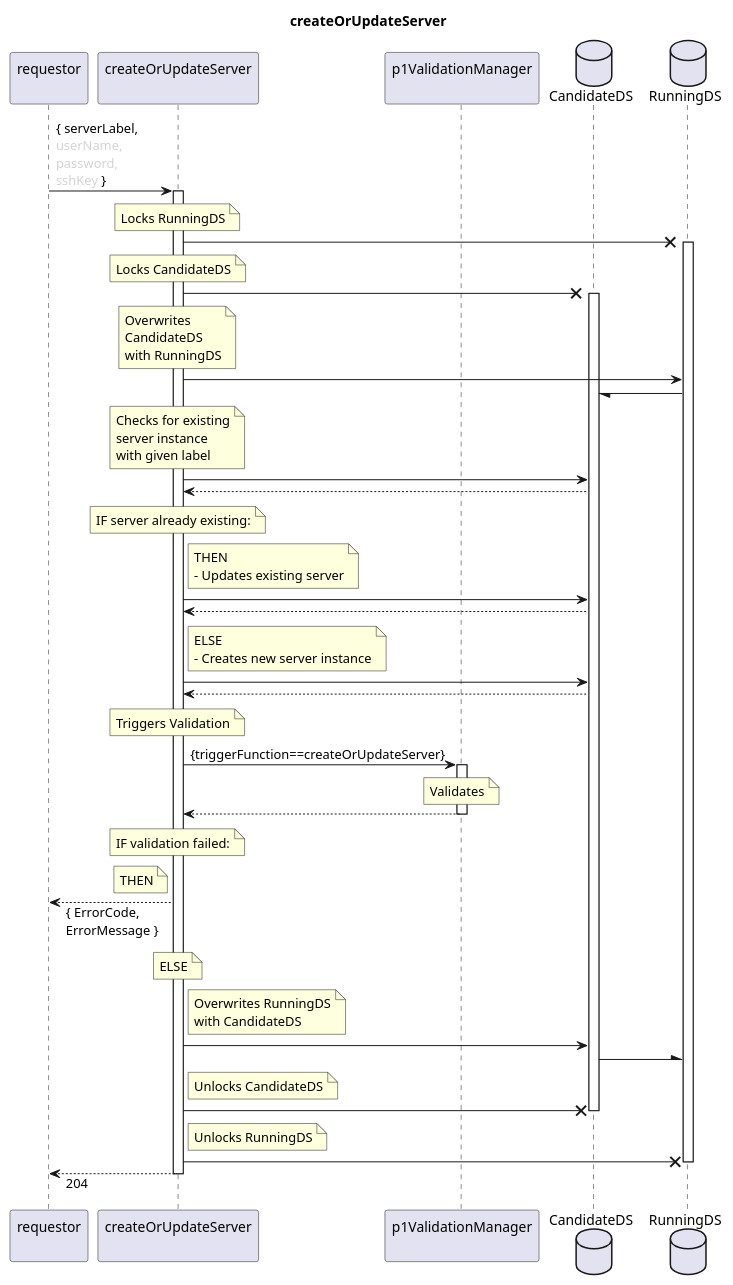
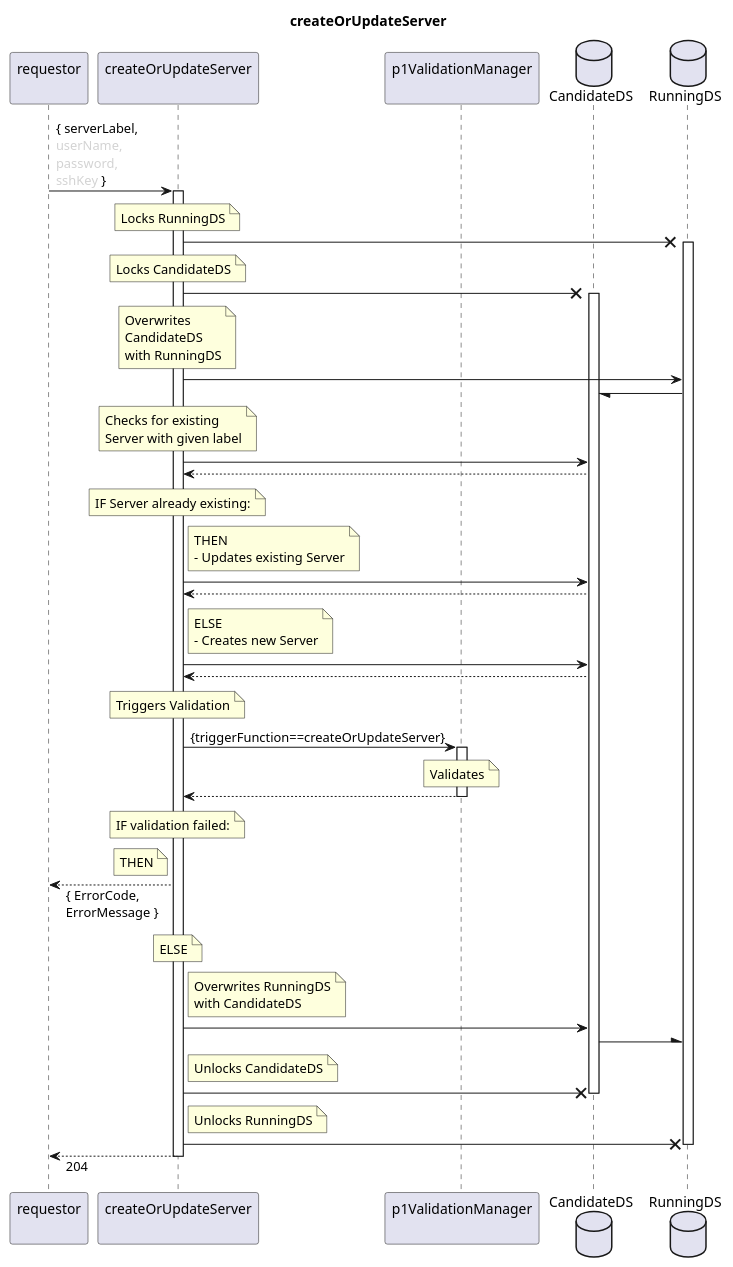
One commit to openBackhaul/FirmWareManager changed the diagram in spec/Services/createOrUpdateServer/1.0.0/createOrUpdateServer.plantuml. Above: the diagram before and after it, drawn with PlantUML. The commit also changed 19 other files, not shown here.

```diff
--- a/spec/Services/createOrUpdateServer/1.0.0/createOrUpdateServer.plantuml
+++ b/spec/Services/createOrUpdateServer/1.0.0/createOrUpdateServer.plantuml
@@ -1,100 +1,99 @@
 @startuml createOrUpdateServer
 skinparam responseMessageBelowArrow true
 
 title
   createOrUpdateServer
 end title
 
 participant "requestor\n" as requestor
 participant "createOrUpdateServer\n" as couServer
 participant "p1ValidationManager\n" as valiMan
 database "CandidateDS" as CanDS
 database "RunningDS" as RunDS
 
 requestor -> couServer: { serverLabel,\n<color:LightGray>userName,\n<color:LightGray>password,\n<color:LightGray>sshKey</color> }
 activate couServer
 
   note over couServer
     Locks RunningDS
   end note
   couServer -X RunDS
   activate RunDS
   note over couServer
     Locks CandidateDS
   end note
   couServer -X CanDS
   activate CanDS
   note over couServer
     Overwrites
     CandidateDS
     with RunningDS
   end note
   couServer -> RunDS
   RunDS -/ CanDS
 
   note over couServer
     Checks for existing
-    server instance
-    with given label
+    Server with given label
   end note
   couServer -> CanDS
   couServer <-- CanDS
   note over couServer
-    IF server already existing:
+    IF Server already existing:
   end note
   note right couServer
     THEN
-    - Updates existing server
+    - Updates existing Server
   end note
   couServer -> CanDS
   couServer <-- CanDS
   note right couServer
     ELSE
-    - Creates new server instance
+    - Creates new Server
   end note
   couServer -> CanDS
   couServer <-- CanDS
 
   note over couServer
     Triggers Validation
   end note
   couServer -> valiMan: {triggerFunction==createOrUpdateServer}
   activate valiMan
     note over valiMan
       Validates
     end note
   couServer <-- valiMan
   deactivate valiMan
   note over couServer
     IF validation failed:
   end note
   note left couServer
     THEN
   end note
   requestor <-- couServer: { ErrorCode,\nErrorMessage }
   note over couServer
     ELSE
   end note
 
   note right couServer
     Overwrites RunningDS
     with CandidateDS
   end note
   couServer -> CanDS
   CanDS -\ RunDS
   note right couServer
     Unlocks CandidateDS
   end note
   couServer -X CanDS
   deactivate CanDS
   note right couServer
     Unlocks RunningDS
   end note
   couServer -X RunDS
   deactivate RunDS
 
   requestor <-- couServer: 204
 
 deactivate couServer
 
 @enduml
```
